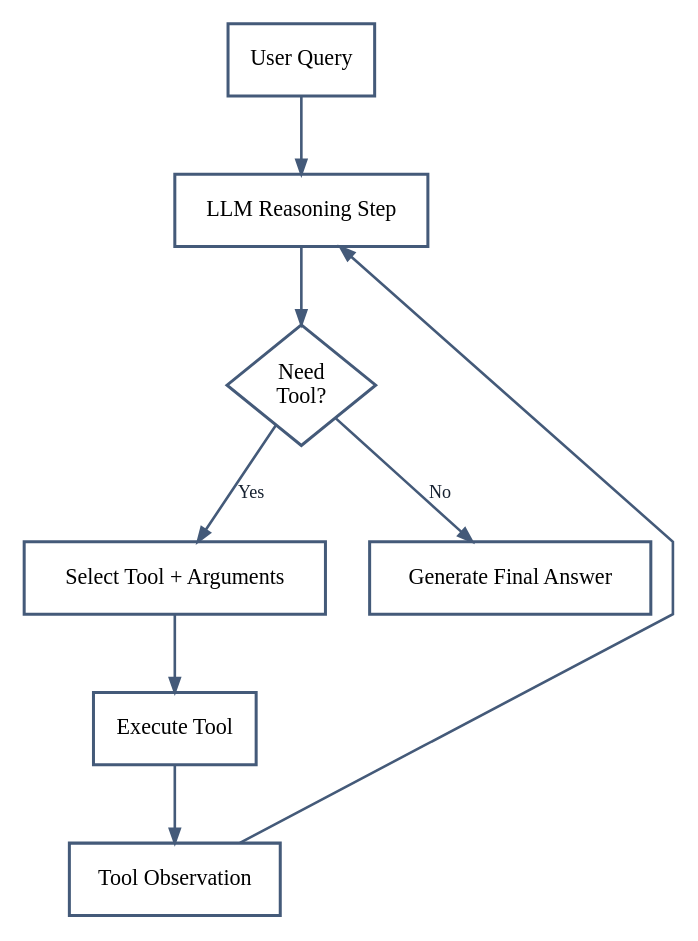
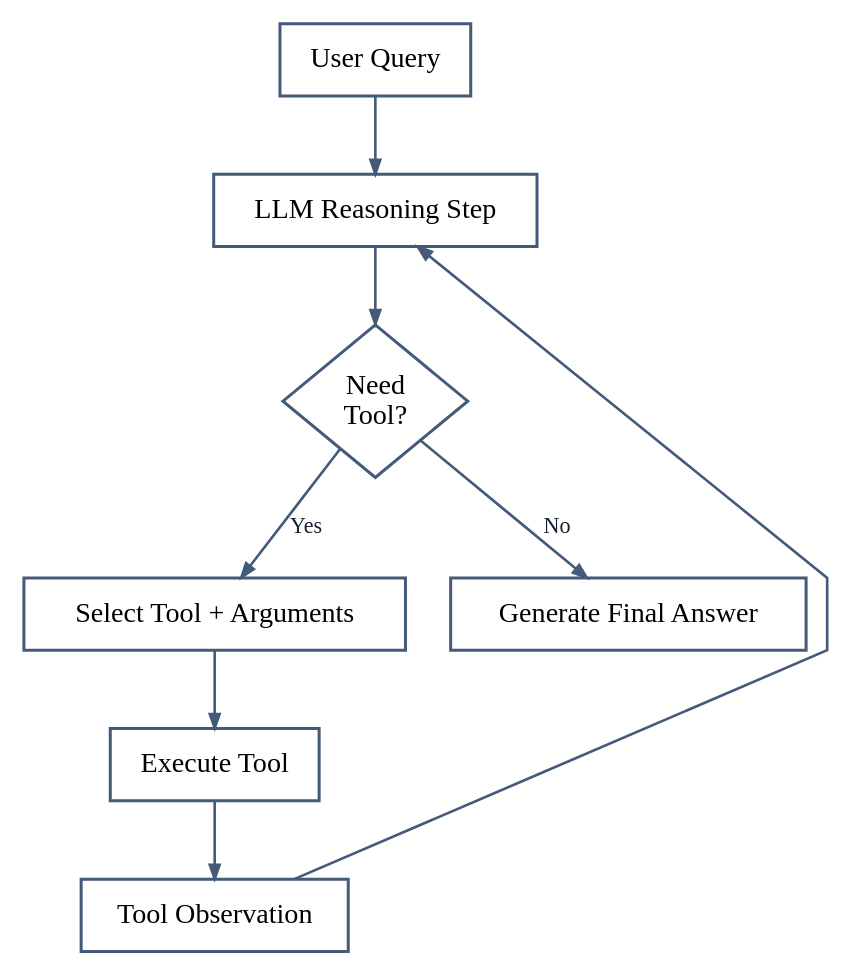
Before and after one commit to quiznat/tot-hf-survey-artifacts: the diagram in assets/diagram_tool_flow.dot, drawn with Graphviz. The commit also changed 15 other files, not shown here.

Commit message:
Tune manuscript diagram typography to body-text scale

```diff
--- a/assets/diagram_tool_flow.dot
+++ b/assets/diagram_tool_flow.dot
@@ -1,21 +1,21 @@
 digraph G {
   graph [bgcolor="#ffffff", pad="0.06", nodesep="0.34", ranksep="0.50", splines="polyline", fontname="Times-Roman", fontcolor="#162130", margin="0.02", rankdir="TB", ranksep="0.52", nodesep="0.30"];
-  node [shape="box", style="filled", fillcolor="#ffffff", color="#445a79", penwidth="1.5", fontname="Times-Roman", fontsize="11", margin="0.06,0.05"];
-  edge [color="#445a79", penwidth="1.3", arrowsize="0.70", fontname="Times-Roman", fontsize="9", fontcolor="#162130"];
+  node [shape="box", style="filled", fillcolor="#ffffff", color="#445a79", penwidth="1.5", fontname="Times-Roman", fontsize="14", margin="0.08,0.07"];
+  edge [color="#445a79", penwidth="1.3", arrowsize="0.70", fontname="Times-Roman", fontsize="11", fontcolor="#162130"];
 
   query [label="User Query"];
   reason [label="LLM Reasoning Step"];
-  need [shape="diamond", style="filled", fillcolor="#ffffff", color="#445a79", penwidth="1.5", fontname="Times-Roman", fontsize="11", margin="0.04,0.04", label="Need\nTool?"];
+  need [shape="diamond", style="filled", fillcolor="#ffffff", color="#445a79", penwidth="1.5", fontname="Times-Roman", fontsize="14", margin="0.05,0.05", label="Need\nTool?"];
   select [label="Select Tool + Arguments"];
   execute [label="Execute Tool"];
   observe [label="Tool Observation"];
   answer [label="Generate Final Answer"];
 
   query -> reason -> need;
   need -> select [label="Yes"];
   need -> answer [label="No"];
   select -> execute -> observe;
   observe -> reason [constraint=false];
 
   { rank=same; select; answer }
 }
```
